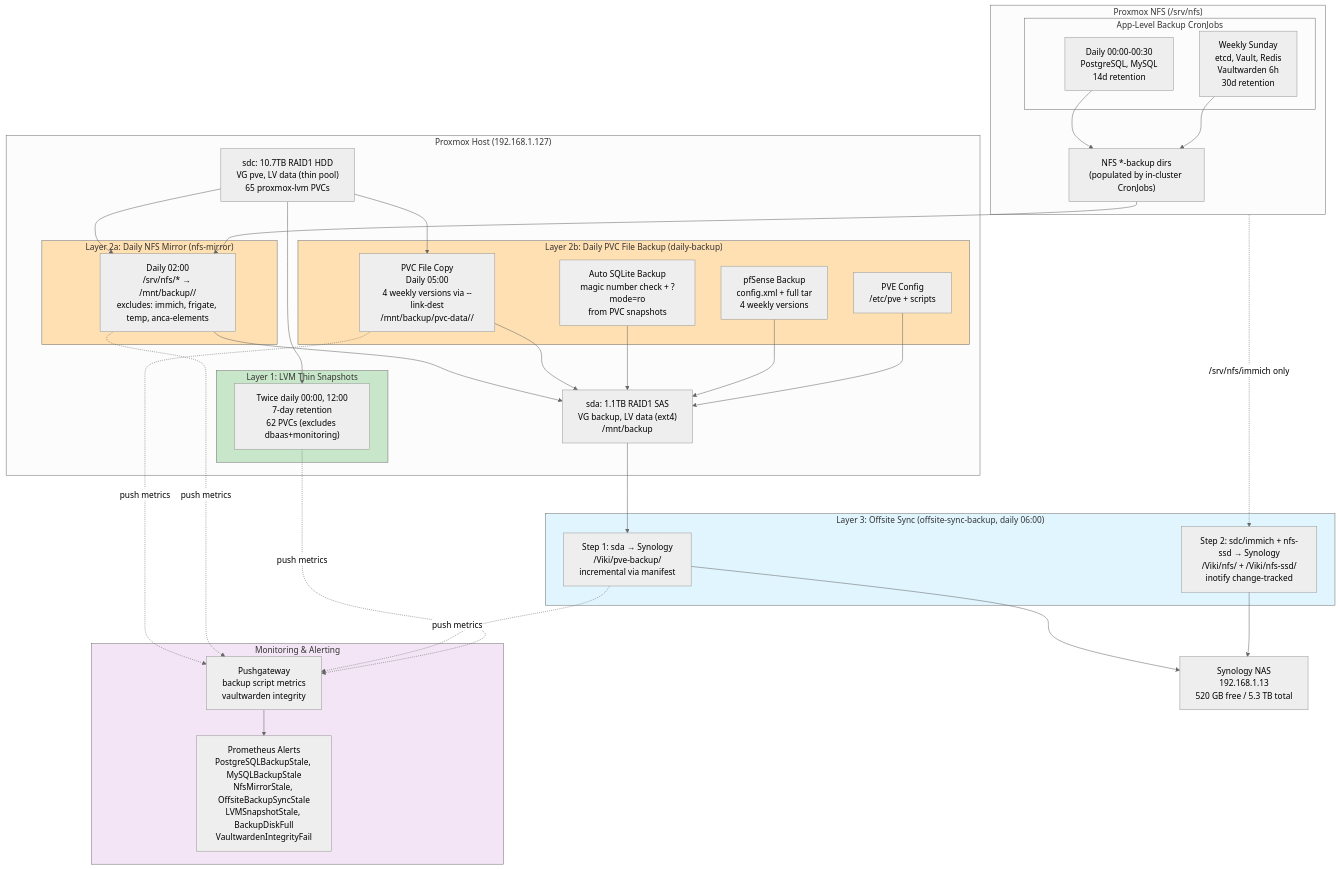
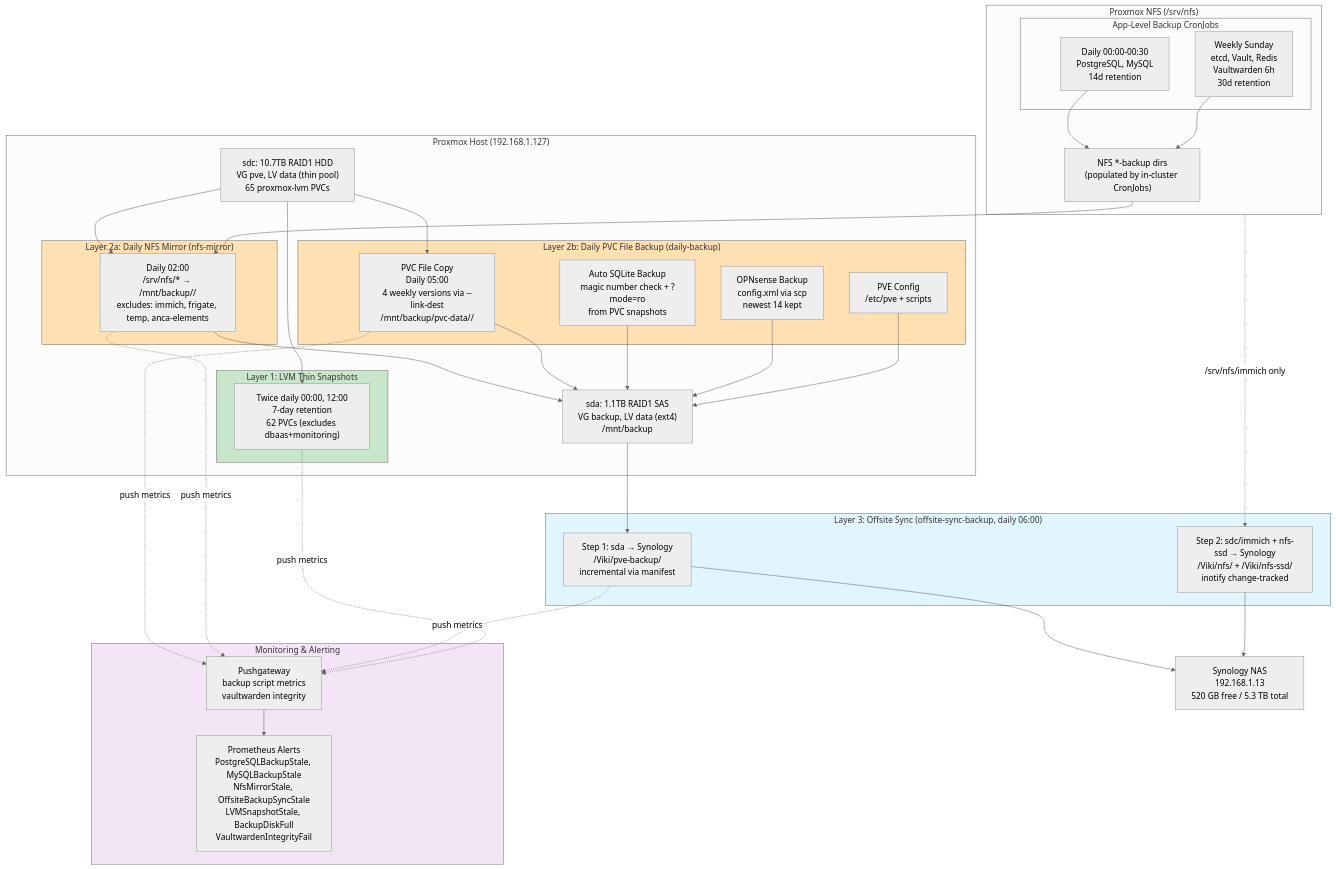
One commit to ViktorBarzin/infra changed the second of 6 diagrams in docs/architecture/backup-dr.md. Above: the diagram before and after it, drawn with Mermaid (neutral theme). The commit also changed other lines of this file and 53 other files, not shown here.

````diff
--- a/docs/architecture/backup-dr.md
+++ b/docs/architecture/backup-dr.md
@@ -136,74 +136,74 @@
 ```mermaid
 graph TB
     subgraph Proxmox["Proxmox Host (192.168.1.127)"]
         sdc["sdc: 10.7TB RAID1 HDD<br/>VG pve, LV data (thin pool)<br/>65 proxmox-lvm PVCs"]
         sda["sda: 1.1TB RAID1 SAS<br/>VG backup, LV data (ext4)<br/>/mnt/backup"]
 
         subgraph Layer1["Layer 1: LVM Thin Snapshots"]
             Snap["Twice daily 00:00, 12:00<br/>7-day retention<br/>62 PVCs (excludes dbaas+monitoring)"]
         end
 
         subgraph Layer2a["Layer 2a: Daily NFS Mirror (nfs-mirror)"]
             NFSMirror["Daily 02:00<br/>/srv/nfs/* → /mnt/backup/<svc>/<br/>excludes: immich, frigate, temp, anca-elements"]
         end
 
         subgraph Layer2b["Layer 2b: Daily PVC File Backup (daily-backup)"]
             PVCBackup["PVC File Copy<br/>Daily 05:00<br/>4 weekly versions via --link-dest<br/>/mnt/backup/pvc-data/<YYYY-WW>/"]
             SQLiteBackup["Auto SQLite Backup<br/>magic number check + ?mode=ro<br/>from PVC snapshots"]
-            PfsenseBackup["pfSense Backup<br/>config.xml + full tar<br/>4 weekly versions"]
+            PfsenseBackup["OPNsense Backup<br/>config.xml via scp<br/>newest 14 kept"]
             PVEConfig["PVE Config<br/>/etc/pve + scripts"]
         end
 
         sdc --> Snap
         sdc --> NFSMirror
         sdc --> PVCBackup
         NFSMirror --> sda
         PVCBackup --> sda
         SQLiteBackup --> sda
         PfsenseBackup --> sda
         PVEConfig --> sda
     end
 
     subgraph NFS_Storage["Proxmox NFS (/srv/nfs)"]
         NFS_Backup["NFS *-backup dirs<br/>(populated by in-cluster CronJobs)"]
 
         subgraph AppBackups["App-Level Backup CronJobs"]
             CronDaily["Daily 00:00-00:30<br/>PostgreSQL, MySQL<br/>14d retention"]
             CronWeekly["Weekly Sunday<br/>etcd, Vault, Redis<br/>Vaultwarden 6h<br/>30d retention"]
         end
 
         CronDaily --> NFS_Backup
         CronWeekly --> NFS_Backup
         NFS_Backup --> NFSMirror
     end
 
     subgraph Layer3["Layer 3: Offsite Sync (offsite-sync-backup, daily 06:00)"]
         PVEOffsite["Step 1: sda → Synology<br/>/Viki/pve-backup/<br/>incremental via manifest"]
         NFSOffsite["Step 2: sdc/immich + nfs-ssd → Synology<br/>/Viki/nfs/ + /Viki/nfs-ssd/<br/>inotify change-tracked"]
     end
 
     sda --> PVEOffsite
     NFS_Storage -. "/srv/nfs/immich only" .-> NFSOffsite
 
     Synology["Synology NAS<br/>192.168.1.13<br/>520 GB free / 5.3 TB total"]
 
     PVEOffsite --> Synology
     NFSOffsite --> Synology
 
     subgraph Monitoring["Monitoring & Alerting"]
         Prometheus["Prometheus Alerts<br/>PostgreSQLBackupStale, MySQLBackupStale<br/>NfsMirrorStale, OffsiteBackupSyncStale<br/>LVMSnapshotStale, BackupDiskFull<br/>VaultwardenIntegrityFail"]
         Pushgateway["Pushgateway<br/>backup script metrics<br/>vaultwarden integrity"]
     end
 
     PVCBackup -.->|push metrics| Pushgateway
     NFSMirror -.->|push metrics| Pushgateway
     PVEOffsite -.->|push metrics| Pushgateway
     Snap -.->|push metrics| Pushgateway
     Pushgateway --> Prometheus
 
     style Layer1 fill:#c8e6c9
     style Layer2a fill:#ffe0b2
     style Layer2b fill:#ffe0b2
     style Layer3 fill:#e1f5ff
     style Monitoring fill:#f3e5f5
 ```
````
